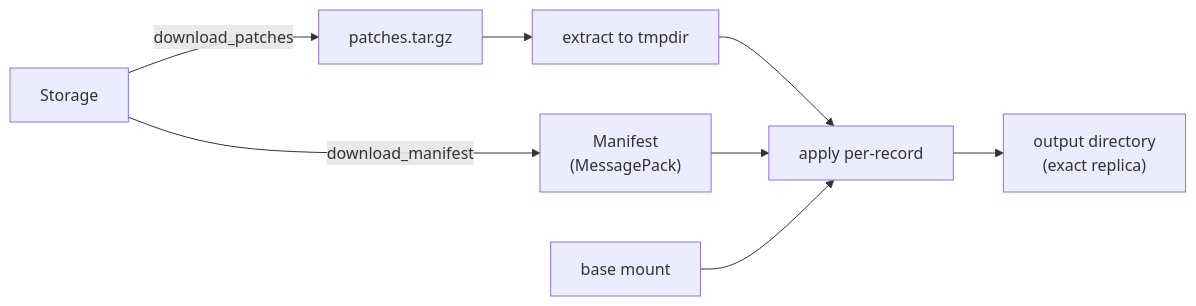
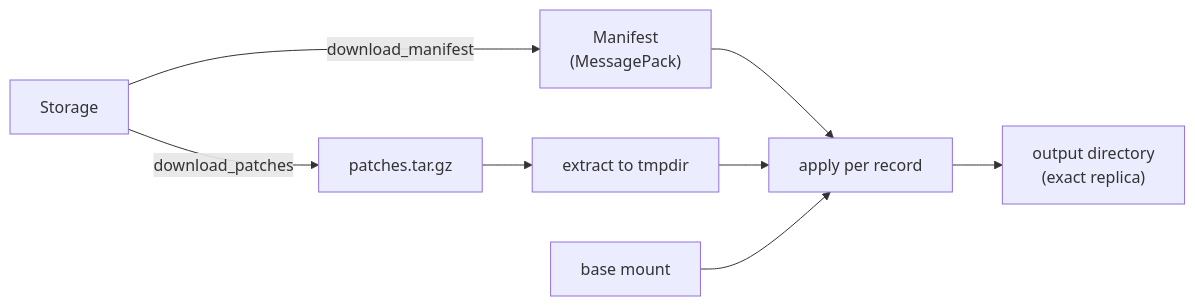
Before and after one commit to JulesIMF/imgdelta: the sixth of 7 diagrams in book/src/architecture.md, drawn with Mermaid. The commit also changed other lines of this file and 6 other files, not shown here.

First line of the commit message:
docs: refactor architecture documentation and improve clarity

````diff
--- a/book/src/architecture.md
+++ b/book/src/architecture.md
@@ -223,10 +294,10 @@
 ```mermaid
 flowchart LR
-    ST["Storage"] -->|download_manifest| MF["Manifest\n(MessagePack)"]
+    ST["Storage"] -->|download_manifest| MF["Manifest<br/>(MessagePack)"]
     ST -->|download_patches| AR["patches.tar.gz"]
     AR --> EX["extract to tmpdir"]
-    EX --> AP["apply per-record"]
-    MF --> AP
+    MF --> AP["apply per record"]
+    EX --> AP
     BM["base mount"] --> AP
-    AP --> OUT["output directory\n(exact replica)"]
+    AP --> OUT["output directory<br/>(exact replica)"]
 ```
````
